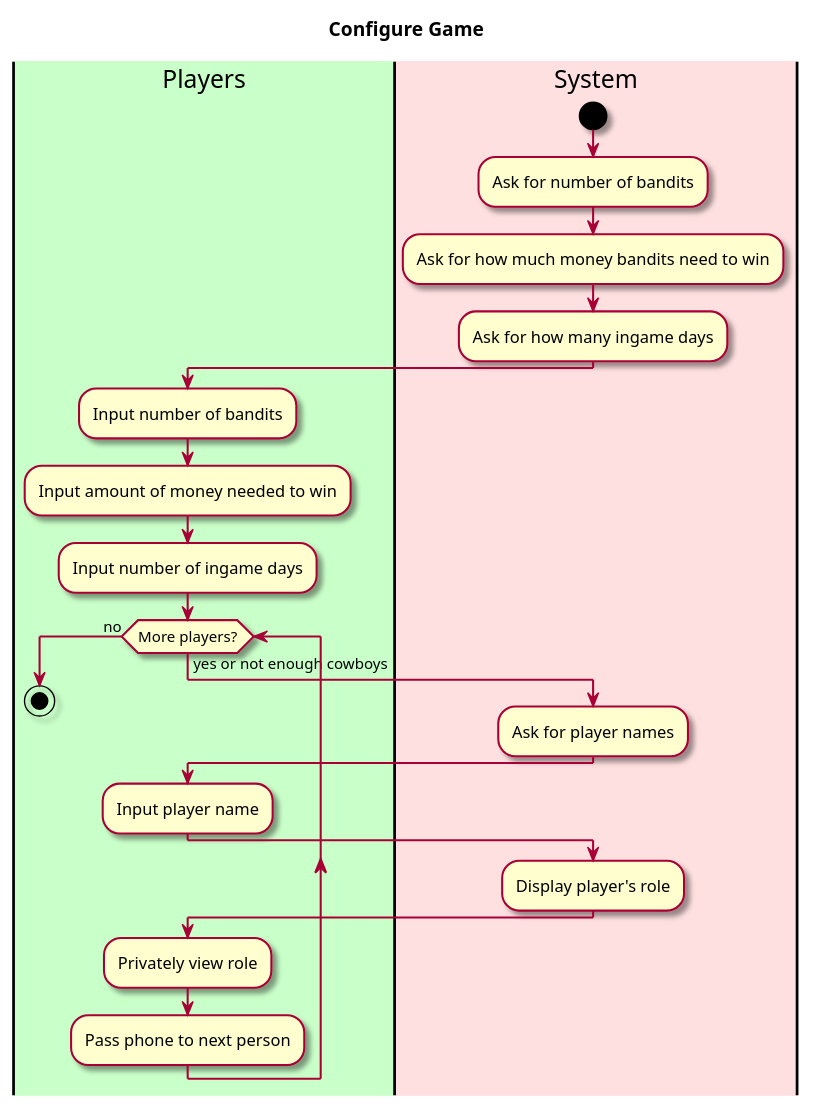
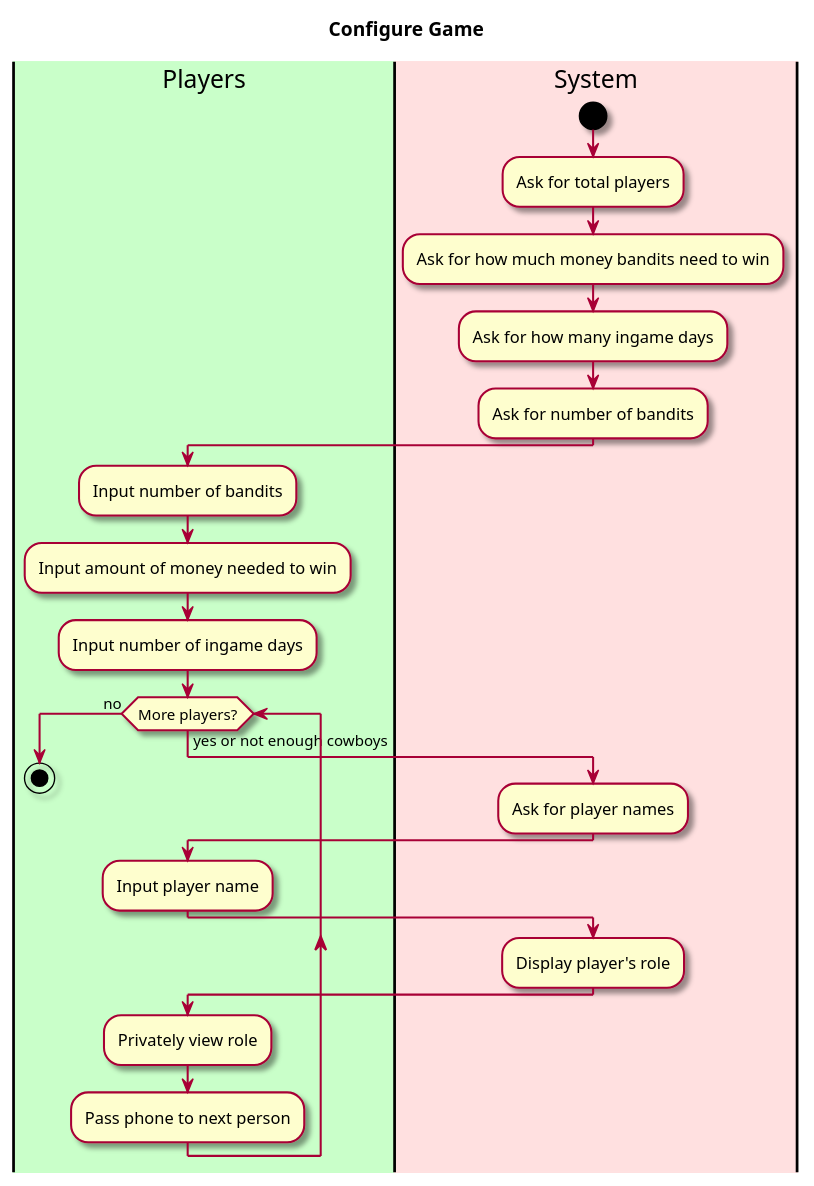
The diagram in intellij/doc/use-cases/configure-players.md (DeannaLC/AndroidProject), drawn with PlantUML before and after one commit. The commit also changed 11 other files, not shown here.

````diff
--- a/intellij/doc/use-cases/configure-players.md
+++ b/intellij/doc/use-cases/configure-players.md
@@ -19,34 +19,35 @@
 ```plantuml
 
 @startuml
 title Configure Game
 
 skin rose
 'define swimlanes
 |#technology|Players|
 |#implementation|System|
 
 |System|
 start
-:Ask for number of bandits;
+:Ask for total players;
 :Ask for how much money bandits need to win;
 :Ask for how many ingame days;
+:Ask for number of bandits;
 |Players|
 :Input number of bandits;
 :Input amount of money needed to win;
 :Input number of ingame days;
 while (More players?) is (yes or not enough cowboys)
 |System|
 :Ask for player names;
 |Players|
 :Input player name;
 |System|
 :Display player's role;
 |Players|
 :Privately view role;
 :Pass phone to next person;
 endwhile (no)
 stop
 @enduml
 
 ```
````
